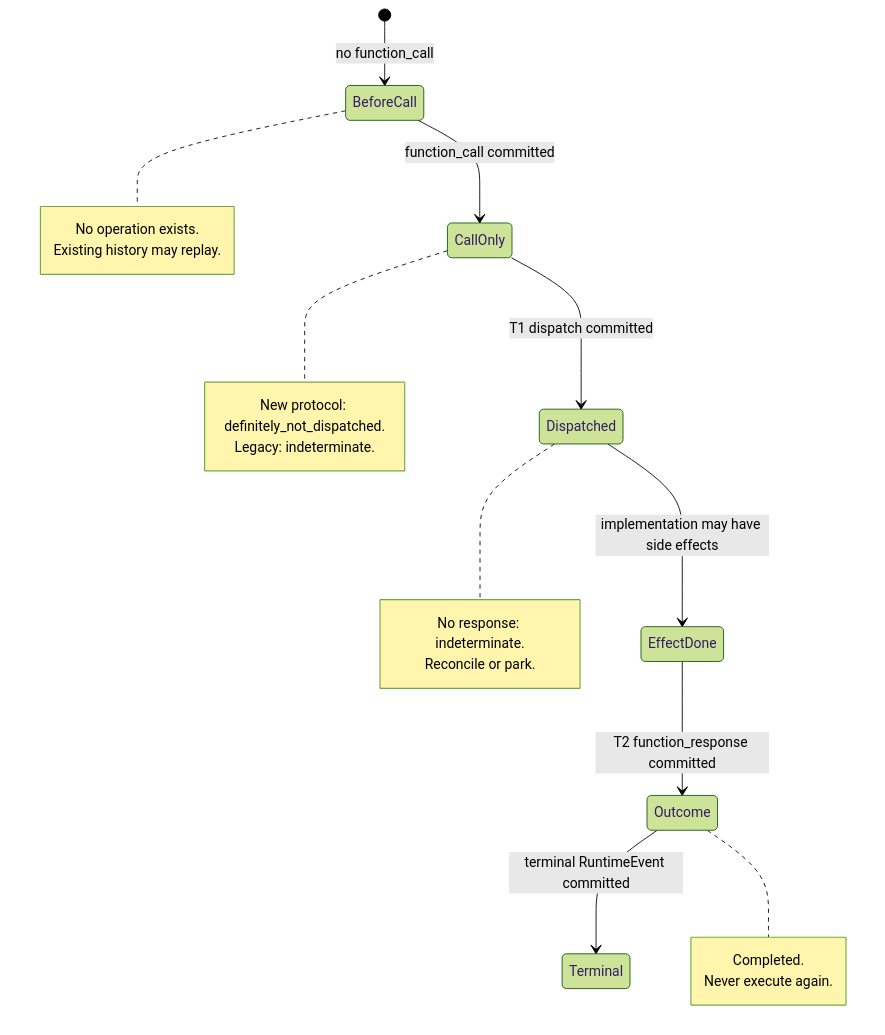
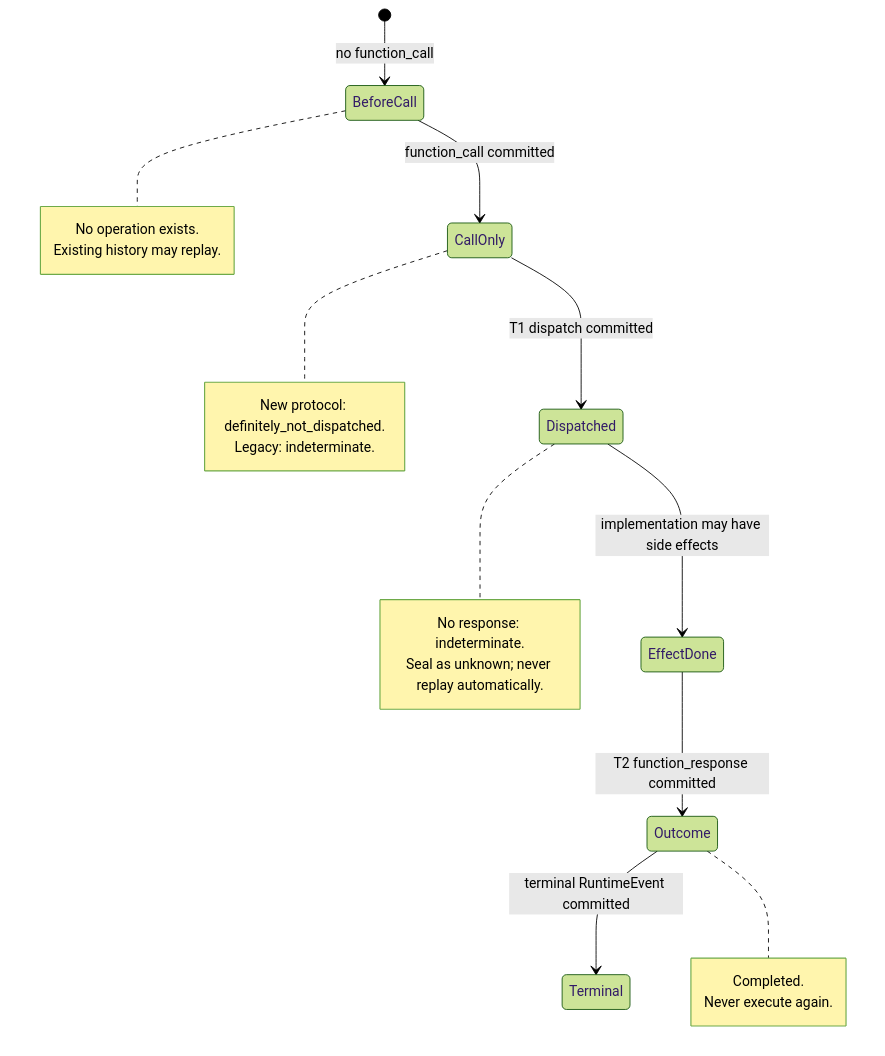
Before and after one commit to apache/maka: the fifth of 10 diagrams in docs/architecture/runtime-resume-architecture.md, drawn with Mermaid (forest theme). The commit also changed other lines of this file and 30 other files, not shown here.

````diff
--- a/docs/architecture/runtime-resume-architecture.md
+++ b/docs/architecture/runtime-resume-architecture.md
@@ -329,26 +329,26 @@
 ```mermaid
 stateDiagram-v2
   [*] --> BeforeCall: no function_call
   BeforeCall --> CallOnly: function_call committed
   CallOnly --> Dispatched: T1 dispatch committed
   Dispatched --> EffectDone: implementation may have side effects
   EffectDone --> Outcome: T2 function_response committed
   Outcome --> Terminal: terminal RuntimeEvent committed
 
   note right of BeforeCall
     No operation exists.
     Existing history may replay.
   end note
   note right of CallOnly
     New protocol: definitely_not_dispatched.
     Legacy: indeterminate.
   end note
   note right of Dispatched
     No response: indeterminate.
-    Reconcile or park.
+    Seal as unknown; never replay automatically.
   end note
   note right of Outcome
     Completed.
     Never execute again.
   end note
 ```
````
